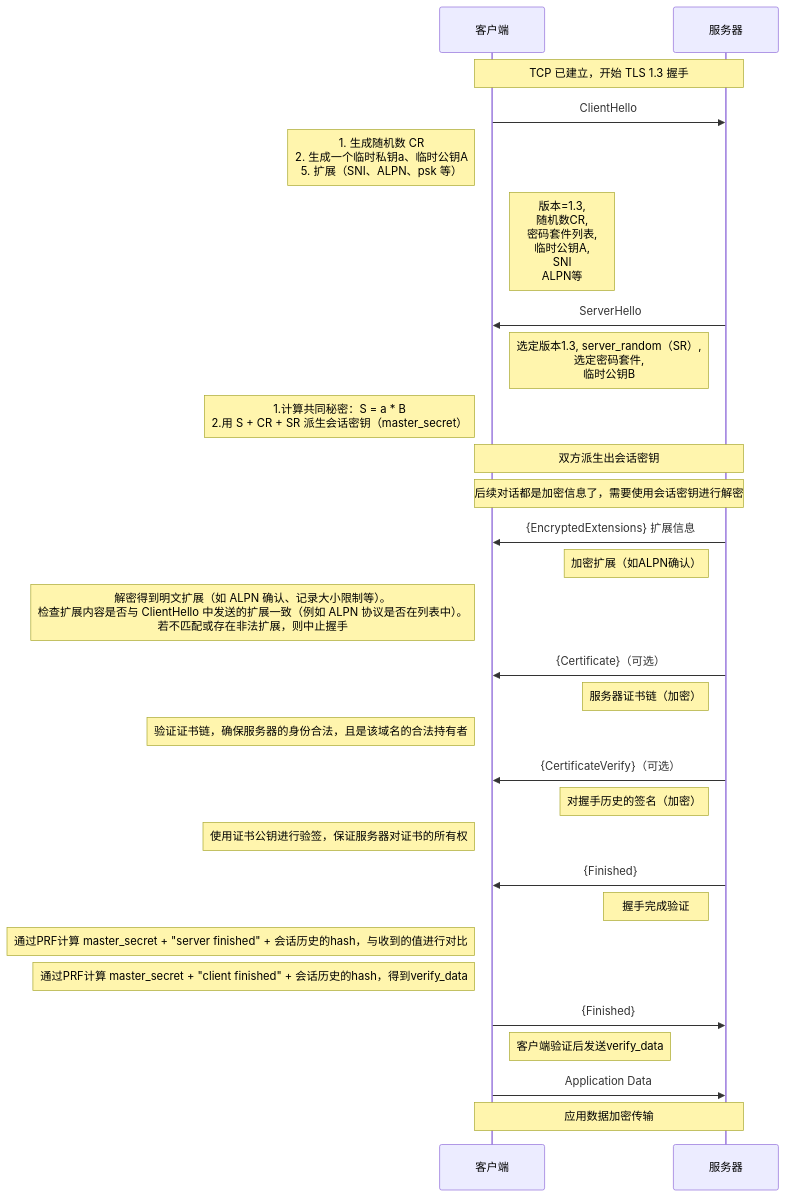
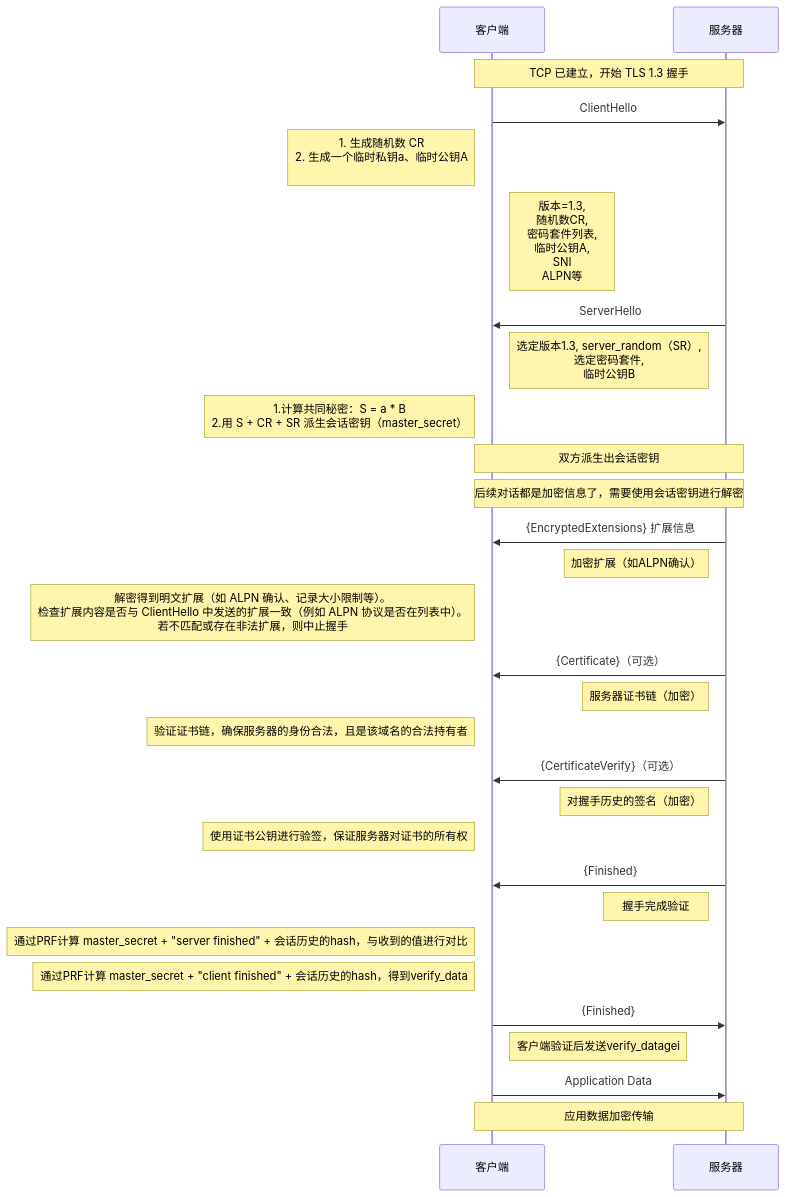
The diagram in all/TLS-1.3-通用.md (HY-10-8/iodraw-files), drawn with Mermaid before and after one commit.

Commit message:
2026-03-31 09:29:22 update

````diff
--- a/all/TLS-1.3-通用.md
+++ b/all/TLS-1.3-通用.md
@@ -1,41 +1,41 @@
 ```mermaid
 sequenceDiagram
     participant C as 客户端
     participant S as 服务器
 
     Note over C,S: TCP 已建立，开始 TLS 1.3 握手
 
     C->>S: ClientHello
-    Note left of C: 1. 生成随机数 CR<br/> 2. 生成一个临时私钥a、临时公钥A<br/> 5. 扩展（SNI、ALPN、psk 等）
+    Note left of C: 1. 生成随机数 CR<br/> 2. 生成一个临时私钥a、临时公钥A<br/>
     Note right of C: 版本=1.3,<br/> 随机数CR,<br/> 密码套件列表,<br/> 临时公钥A,<br/> SNI<br/> ALPN等
 
     S->>C: ServerHello
     Note left of S: 选定版本1.3, server_random（SR）,<br/> 选定密码套件, <br/>临时公钥B
     Note left of C: 1.计算共同秘密：S = a * B<br/> 2.用 S + CR + SR 派生会话密钥（master_secret）
 
     Note over C,S: 双方派生出会话密钥
     Note over C,S: 后续对话都是加密信息了，需要使用会话密钥进行解密
 
     S->>C: {EncryptedExtensions} 扩展信息
     Note left of S: 加密扩展（如ALPN确认）
     Note left of C: 解密得到明文扩展（如 ALPN 确认、记录大小限制等）。<br/>检查扩展内容是否与 ClientHello 中发送的扩展一致（例如 ALPN 协议是否在列表中）。<br/> 若不匹配或存在非法扩展，则中止握手
 
     S->>C: {Certificate}（可选）
     Note left of S: 服务器证书链（加密）
     Note left of C: 验证证书链，确保服务器的身份合法，且是该域名的合法持有者
 
     S->>C: {CertificateVerify}（可选）
     Note left of S: 对握手历史的签名（加密）
     Note left of C: 使用证书公钥进行验签，保证服务器对证书的所有权
 
     S->>C: {Finished}
     Note left of S: 握手完成验证
     Note left of C: 通过PRF计算 master_secret + "server finished" + 会话历史的hash，与收到的值进行对比
     Note left of C: 通过PRF计算 master_secret + "client finished" + 会话历史的hash，得到verify_data
 
     C->>S: {Finished}
-    Note right of C: 客户端验证后发送verify_data
+    Note right of C: 客户端验证后发送verify_datagei
 
     C->>S: Application Data
     Note over C,S: 应用数据加密传输
 ```
````
